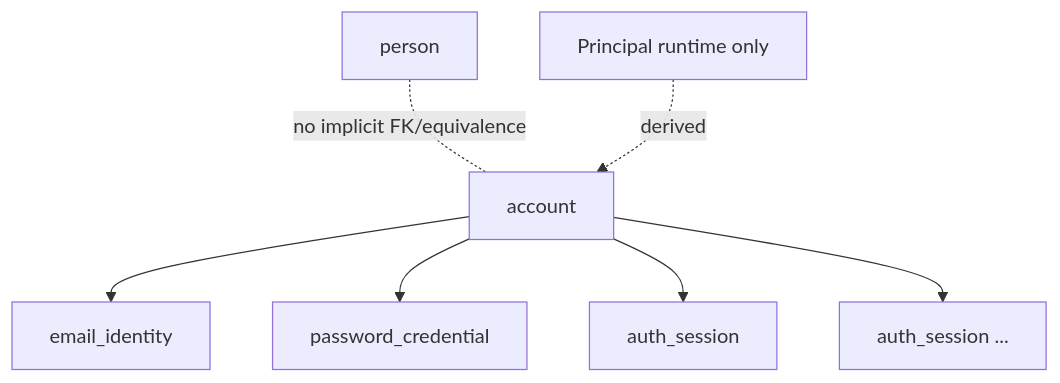
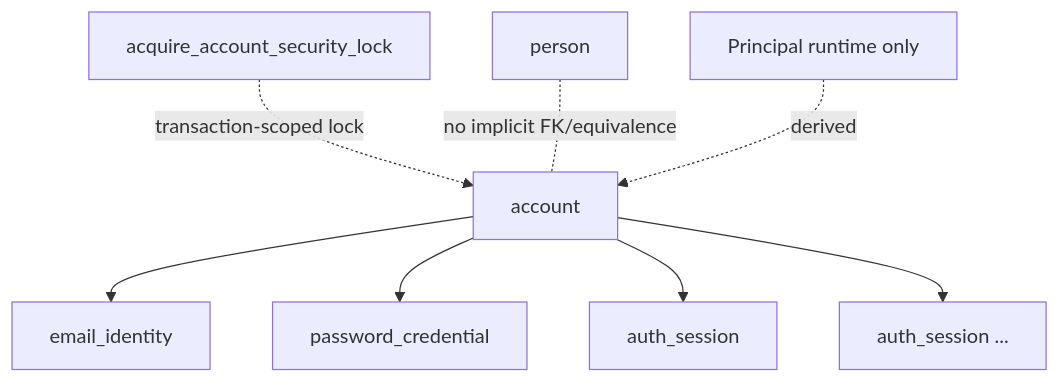
Before and after one commit to MattiaRubino/dante: the diagram in docs/database/access-auth.md, drawn with Mermaid. The commit also changed other lines of this file, not shown here.

````diff
--- a/docs/database/access-auth.md
+++ b/docs/database/access-auth.md
@@ -62,9 +65,10 @@
 ```mermaid
 flowchart TD
     A[account] --> E[email_identity]
     A --> P[password_credential]
     A --> S1[auth_session]
     A --> S2[auth_session ...]
+    L[acquire_account_security_lock] -. transaction-scoped lock .-> A
     PERSON[person] -. no implicit FK/equivalence .- A
     PRINCIPAL[Principal runtime only] -. derived .-> A
 ```
````
